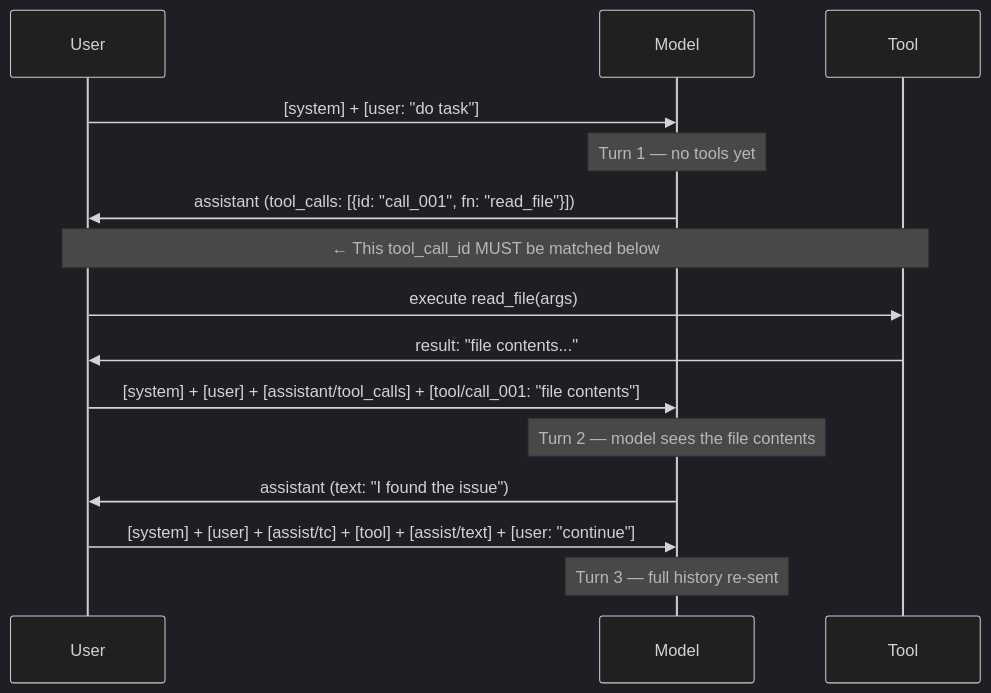
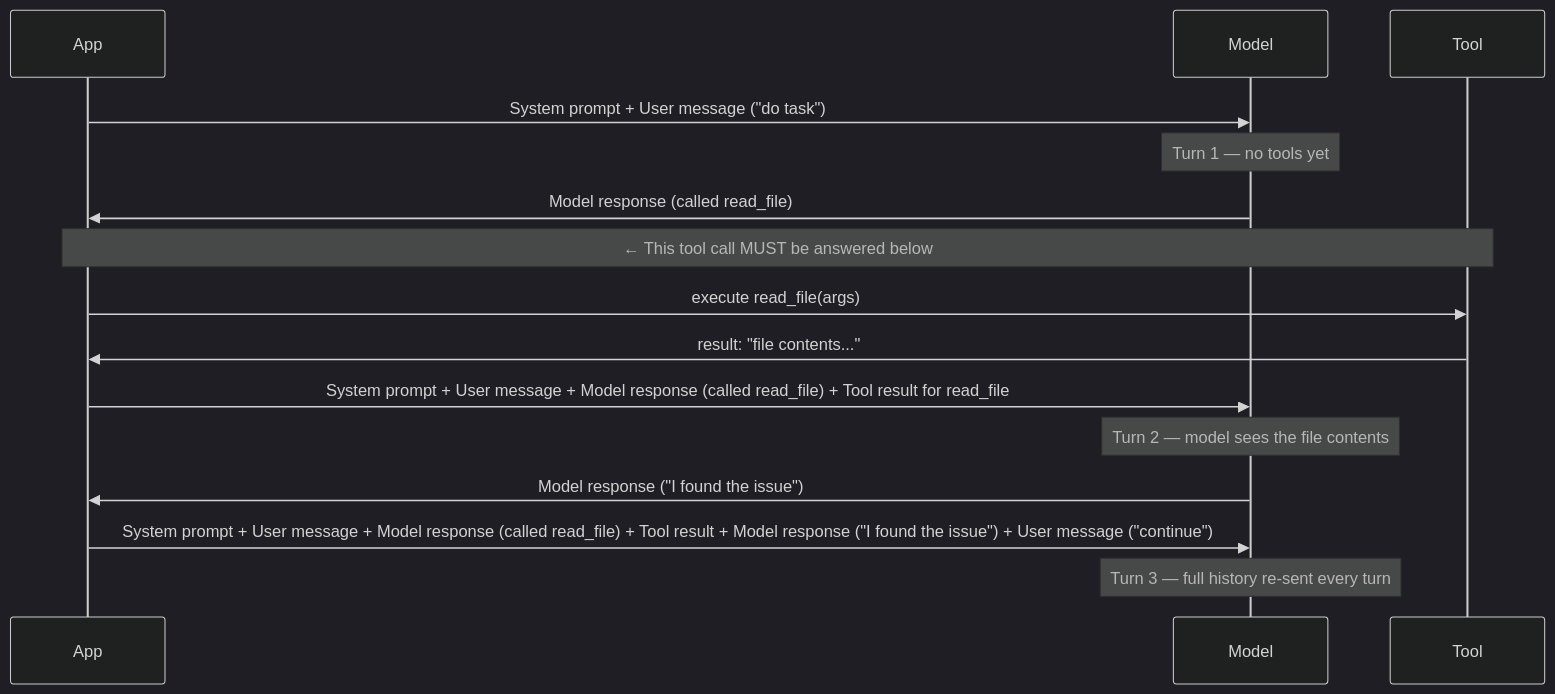
The first of 6 diagrams in docs/deep-dive/context-management.md (svetstoykov/TokenGuard), drawn with Mermaid (dark theme) before and after one commit. The commit also changed other lines of this file, not shown here.

First line of the commit message:
docs: simplify Mermaid diagram labels in context-management.md

````diff
--- a/docs/deep-dive/context-management.md
+++ b/docs/deep-dive/context-management.md
@@ -62,21 +62,21 @@
 ```mermaid
 sequenceDiagram
-    participant User
+    participant App
     participant Model
     participant Tool
 
-    User->>Model: [system] + [user: "do task"]
+    App->>Model: System prompt + User message ("do task")
     Note over Model: Turn 1 — no tools yet
-    Model->>User: assistant (tool_calls: [{id: "call_001", fn: "read_file"}])
+    Model->>App: Model response (called read_file)
 
-    Note over User,Tool: ← This tool_call_id MUST be matched below
-    User->>Tool: execute read_file(args)
-    Tool->>User: result: "file contents..."
+    Note over App,Tool: ← This tool call MUST be answered below
+    App->>Tool: execute read_file(args)
+    Tool->>App: result: "file contents..."
 
-    User->>Model: [system] + [user] + [assistant/tool_calls] + [tool/call_001: "file contents"]
+    App->>Model: System prompt + User message + Model response (called read_file) + Tool result for read_file
     Note over Model: Turn 2 — model sees the file contents
-    Model->>User: assistant (text: "I found the issue")
+    Model->>App: Model response ("I found the issue")
 
-    User->>Model: [system] + [user] + [assist/tc] + [tool] + [assist/text] + [user: "continue"]
-    Note over Model: Turn 3 — full history re-sent
+    App->>Model: System prompt + User message + Model response (called read_file) + Tool result + Model response ("I found the issue") + User message ("continue")
+    Note over Model: Turn 3 — full history re-sent every turn
 ```
````
